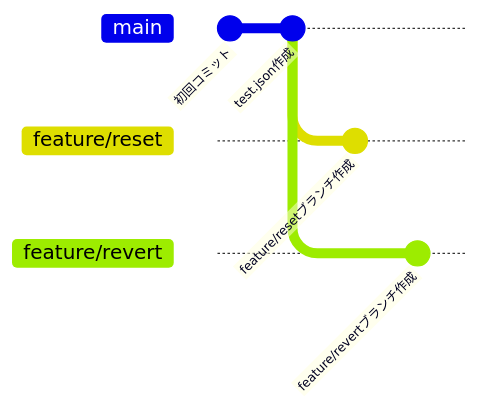
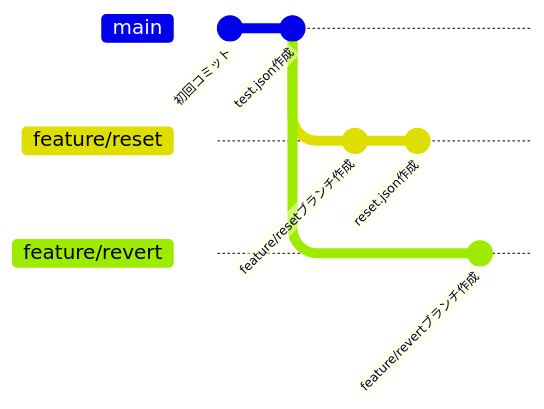
The diagram in markdown/git-branch-structure.md (ht-0328/git-operation), drawn with Mermaid before and after one commit. The commit also changed 1 other file, not shown here.

Commit message:
reset.json作成

````diff
--- a/markdown/git-branch-structure.md
+++ b/markdown/git-branch-structure.md
@@ -3,16 +3,17 @@
 ```mermaid
 gitGraph:
    commit id: "初回コミット"
    commit id: "test.json作成"
 
    branch feature/reset
    checkout feature/reset
    commit id: "feature/resetブランチ作成"
+   commit id: "reset.json作成"
    checkout main
 
    branch feature/revert
    checkout feature/revert
    commit id: "feature/revertブランチ作成"
    checkout main
 
 ```
````
